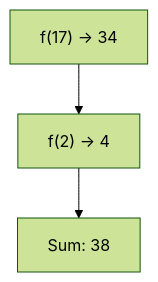
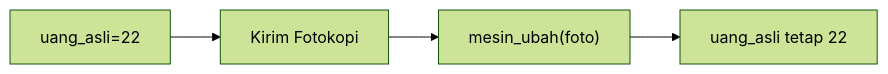
Before and after one commit to amnahwaida/OSNK_INF_PREP: the eighth of 25 diagrams in part-c-pemahaman-cpp/04-fungsi/latihan/set-01.md, drawn with Mermaid (forest theme). The commit also changed other lines of this file and 71 other files, not shown here.

````diff
--- a/part-c-pemahaman-cpp/04-fungsi/latihan/set-01.md
+++ b/part-c-pemahaman-cpp/04-fungsi/latihan/set-01.md
@@ -206,5 +217,6 @@
 ```mermaid
-graph TD
-A["f(17) -> 34"] --> B["f(2) -> 4"]
-B --> C["Sum: 38"]
+graph LR
+A["uang_asli=22"] --> B["Kirim Fotokopi"]
+B --> C["mesin_ubah(foto)"]
+C --> D["uang_asli tetap 22"]
 ```
````
